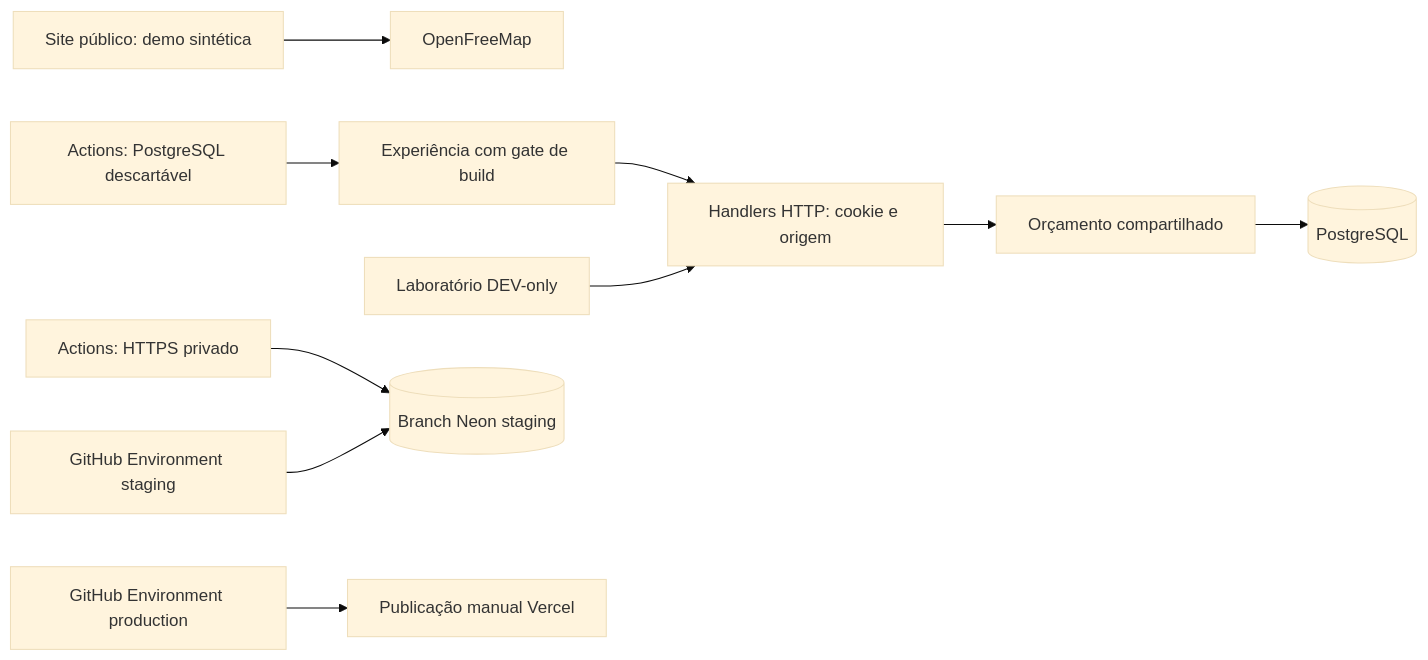
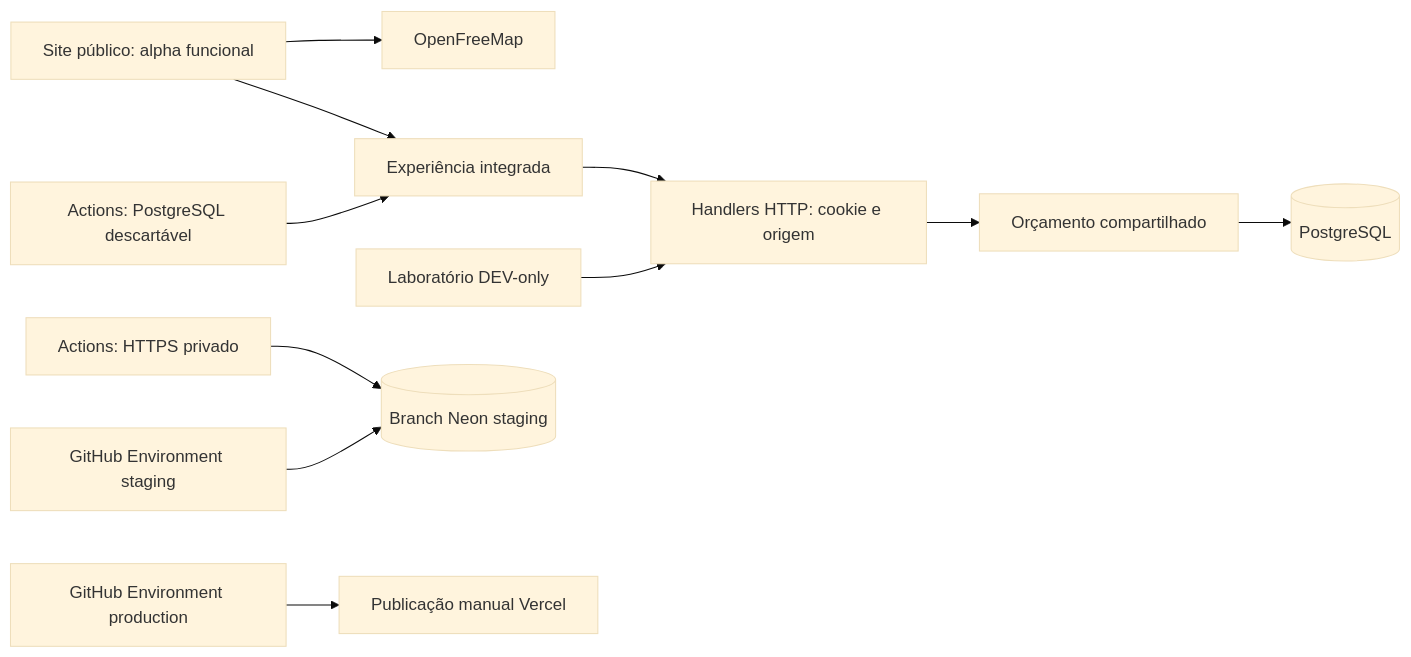
The diagram in docs/26-readiness.md (Faysk/world-pulse), drawn with Mermaid (base theme) before and after one commit. The commit also changed other lines of this file and 8 other files, not shown here.

````diff
--- a/docs/26-readiness.md
+++ b/docs/26-readiness.md
@@ -8,12 +9,13 @@
 ```mermaid
 flowchart LR
-  P[Site público: demo sintética] --> T[OpenFreeMap]
-  U[Experiência com gate de build] --> H[Handlers HTTP: cookie e origem]
+  P[Site público: alpha funcional] --> T[OpenFreeMap]
+  P --> U[Experiência integrada]
+  U --> H[Handlers HTTP: cookie e origem]
   L[Laboratório DEV-only] --> H
   H --> B[Orçamento compartilhado]
   B --> D[(PostgreSQL)]
   C[Actions: PostgreSQL descartável] --> U
   Q[Actions: HTTPS privado] --> S
   G[GitHub Environment staging] --> S[(Branch Neon staging)]
   R[GitHub Environment production] --> V[Publicação manual Vercel]
 ```
````
